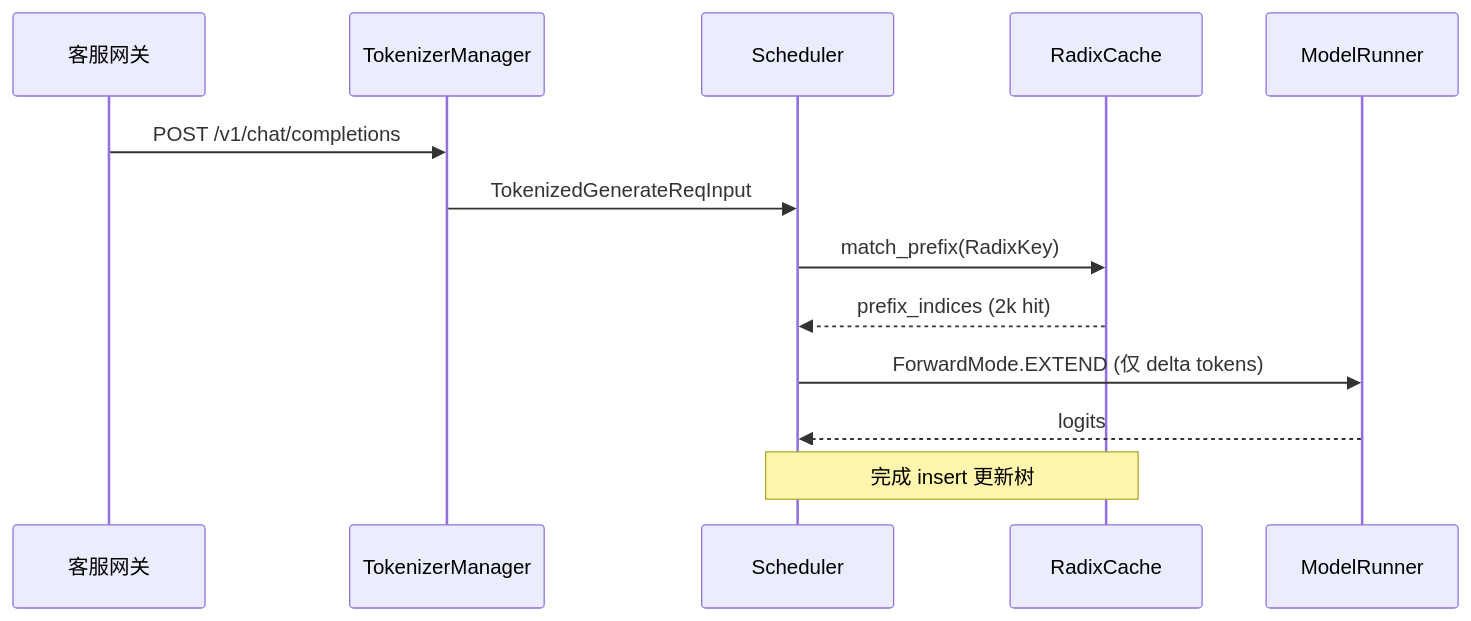
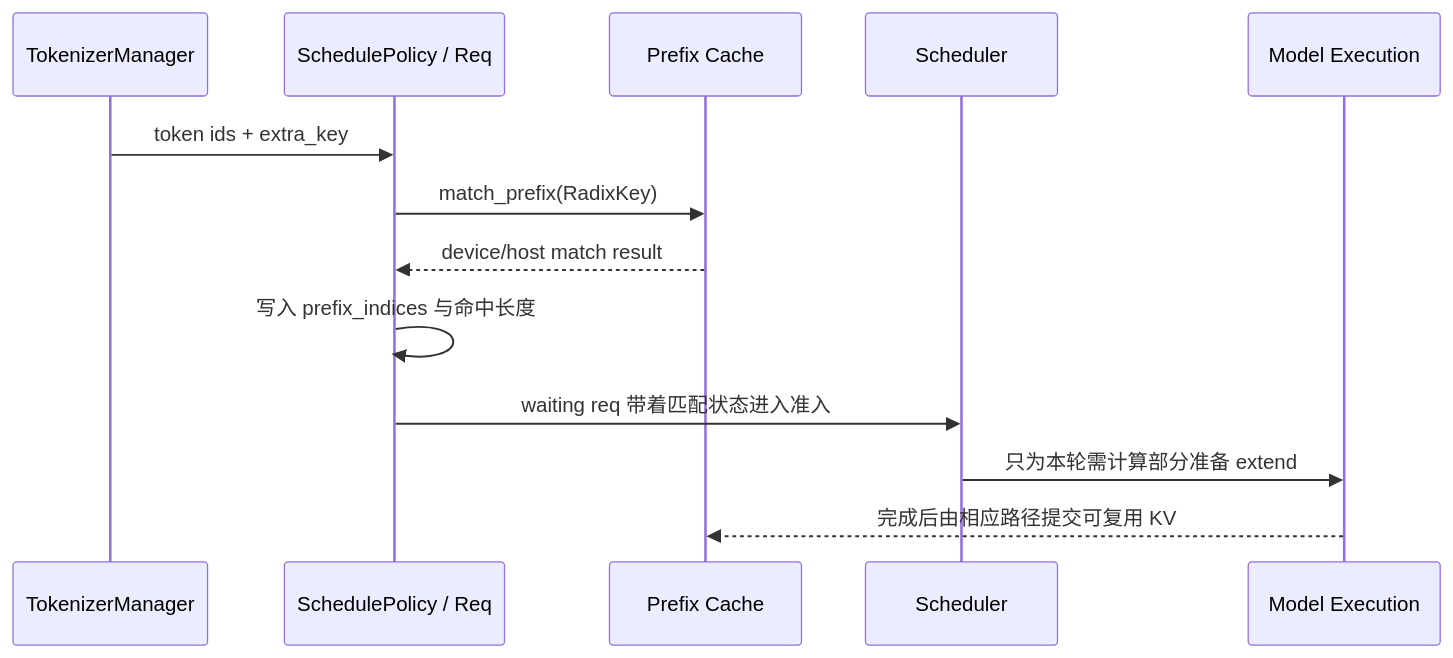
One commit to OnlyHero5/sglang-reading-vault changed the first of 4 diagrams in sglang_reading/导读与总览/SGLang-用户场景.md. Above: the diagram before and after it, drawn with Mermaid. The commit also changed other lines of this file and 512 other files, not shown here.

````diff
--- a/sglang_reading/导读与总览/SGLang-用户场景.md
+++ b/sglang_reading/导读与总览/SGLang-用户场景.md
@@ -41,16 +48,15 @@
 ```mermaid
 sequenceDiagram
- participant Client as 客服网关
- participant TM as TokenizerManager
- participant SCH as Scheduler
- participant RC as RadixCache
- participant MR as ModelRunner
-
- Client->>TM: POST /v1/chat/completions
- TM->>SCH: TokenizedGenerateReqInput
- SCH->>RC: match_prefix(RadixKey)
- RC-->>SCH: prefix_indices (2k hit)
- SCH->>MR: ForwardMode.EXTEND (仅 delta tokens)
- MR-->>SCH: logits
- Note over SCH,RC: 完成 insert 更新树
+    participant T as TokenizerManager
+    participant P as SchedulePolicy / Req
+    participant C as Prefix Cache
+    participant S as Scheduler
+    participant M as Model Execution
+    T->>P: token ids + extra_key
+    P->>C: match_prefix(RadixKey)
+    C-->>P: device/host match result
+    P->>P: 写入 prefix_indices 与命中长度
+    P->>S: waiting req 带着匹配状态进入准入
+    S->>M: 只为本轮需计算部分准备 extend
+    M-->>C: 完成后由相应路径提交可复用 KV
 ```
````
